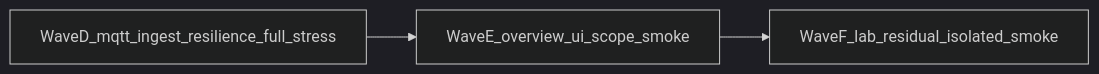
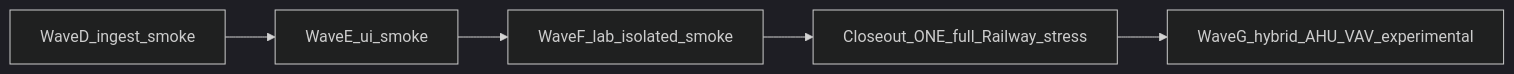
The diagram in docs/operations/patch_trains/openfdd_post_3.3.33_soft_open_program.plan.md (bbartling/open-fdd), drawn with Mermaid (dark theme) before and after one commit. The commit also changed other lines of this file and 4 other files, not shown here.

First line of the commit message:
docs: post-3.3.33 closeout stress LAST + Wave G hybrid train (#859)

````diff
--- a/docs/operations/patch_trains/openfdd_post_3.3.33_soft_open_program.plan.md
+++ b/docs/operations/patch_trains/openfdd_post_3.3.33_soft_open_program.plan.md
@@ -31,7 +45,9 @@
 ```mermaid
 flowchart LR
-  waveD[WaveD_mqtt_ingest_resilience_full_stress]
-  waveE[WaveE_overview_ui_scope_smoke]
-  waveF[WaveF_lab_residual_isolated_smoke]
-  waveD --> waveE --> waveF
+  waveD[WaveD_ingest_smoke]
+  waveE[WaveE_ui_smoke]
+  waveF[WaveF_lab_isolated_smoke]
+  closeout[Closeout_ONE_full_Railway_stress]
+  waveG[WaveG_hybrid_AHU_VAV_experimental]
+  waveD --> waveE --> waveF --> closeout --> waveG
 ```
````
